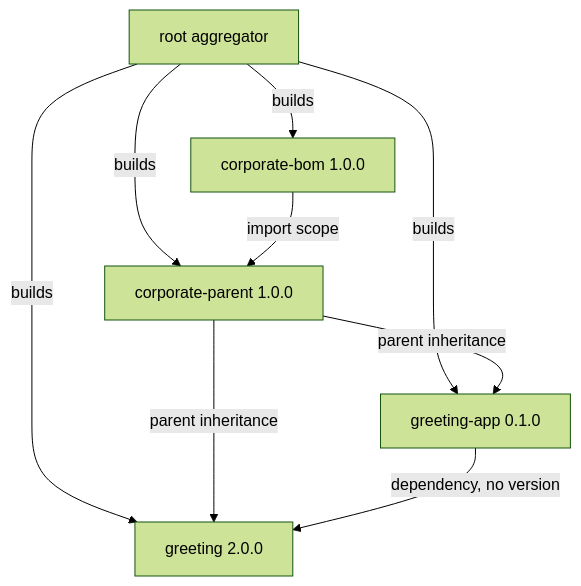
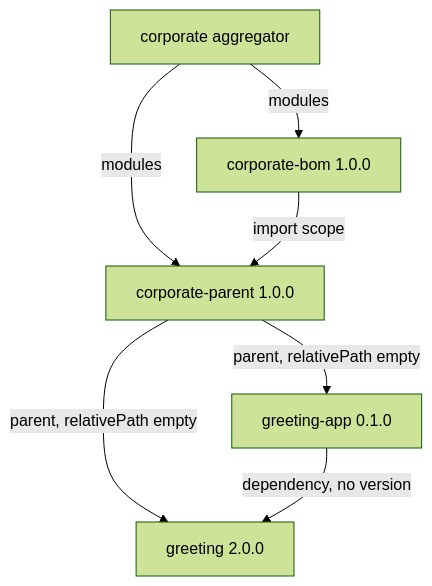
Before and after one commit to IAAA-Lab/maven-corporate-pom: the first of 9 diagrams in README.md, drawn with Mermaid (forest theme). The commit also changed other lines of this file and 15 other files, not shown here.

````diff
--- a/README.md
+++ b/README.md
@@ -79,17 +95,15 @@
 ```mermaid
 flowchart TD
-    root["root aggregator"]
+    corporate["corporate aggregator"]
     bom["corporate-bom 1.0.0"]
     parent["corporate-parent 1.0.0"]
     library["greeting 2.0.0"]
     app["greeting-app 0.1.0"]
 
-    root -->|"builds"| bom
-    root -->|"builds"| parent
-    root -->|"builds"| library
-    root -->|"builds"| app
+    corporate -->|"modules"| bom
+    corporate -->|"modules"| parent
     bom -->|"import scope"| parent
-    parent -->|"parent inheritance"| library
-    parent -->|"parent inheritance"| app
+    parent -->|"parent, relativePath empty"| library
+    parent -->|"parent, relativePath empty"| app
     app -->|"dependency, no version"| library
 ```
````
